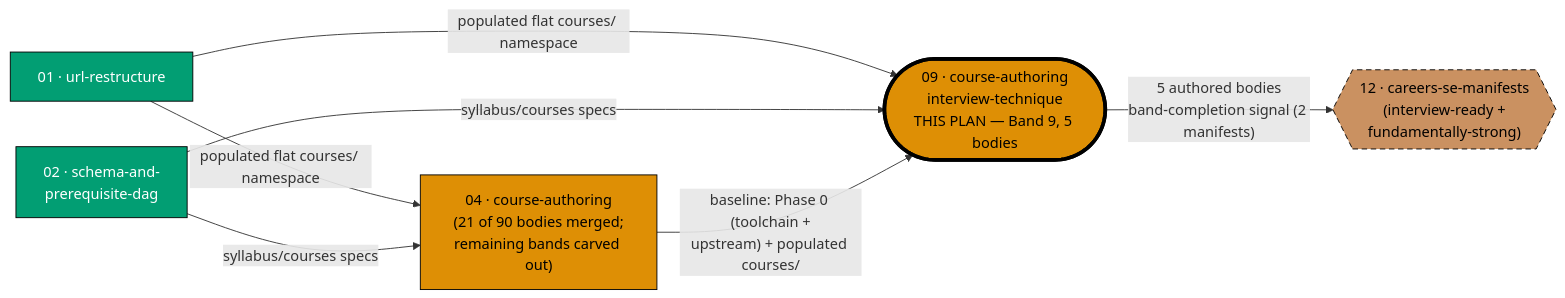
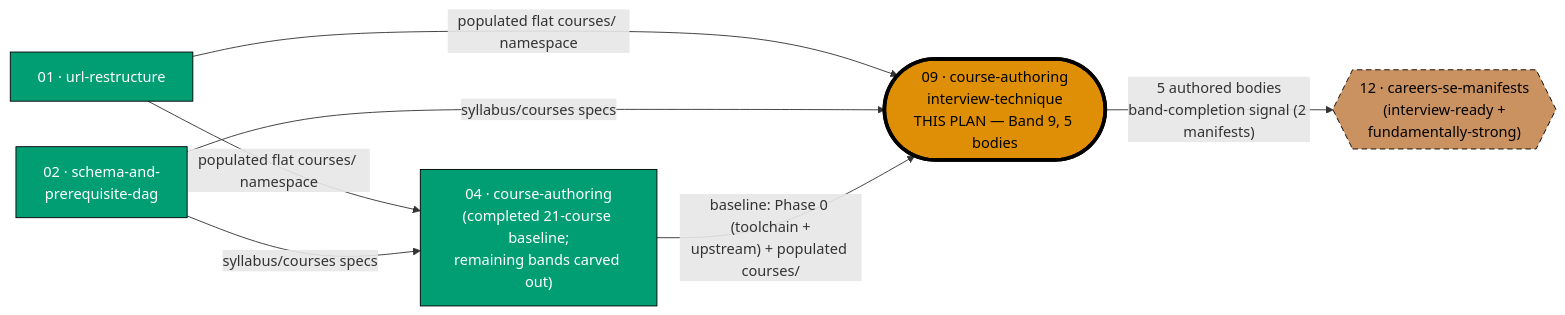
Before and after one commit to wahidyankf/open-sharia-fintech: the diagram in plans/backlog/ayokoding-learning-path-09-course-authoring-interview-technique/README.md, drawn with Mermaid. The commit also changed other lines of this file and 11 other files, not shown here.

````diff
--- a/plans/backlog/ayokoding-learning-path-09-course-authoring-interview-technique/README.md
+++ b/plans/backlog/ayokoding-learning-path-09-course-authoring-interview-technique/README.md
@@ -39,24 +39,23 @@
 ```mermaid
 %% This plan's position relative to the five-way course-library split and its own carve-out.
 %% Node SHAPE encodes kind: rectangle = a course-authoring plan, hexagon = a manifest-composing plan.
 %% The doubled border on THIS marks the plan this folder describes.
 %% Colors are the repo's verified color-blind-friendly palette and are redundant with shape.
 flowchart LR
     P1["01 · url-restructure"]:::done
     P2["02 · schema-and-<br/>prerequisite-dag"]:::done
-    P4["04 · course-authoring<br/>(21 of 90 bodies merged;<br/>remaining bands carved out)"]:::inprogress
+    P4["04 · course-authoring<br/>(completed 21-course baseline;<br/>remaining bands carved out)"]:::done
     THIS(["09 · course-authoring<br/>interview-technique<br/>THIS PLAN — Band 9, 5 bodies"]):::this
     P12{{"12 · careers-se-manifests<br/>(interview-ready +<br/>fundamentally-strong)"}}:::future
 
     P1 -->|"populated flat courses/ namespace"| P4
     P2 -->|"syllabus/courses specs"| P4
     P1 -->|"populated flat courses/ namespace"| THIS
     P2 -->|"syllabus/courses specs"| THIS
     P4 -->|"baseline: Phase 0 (toolchain +<br/>upstream) + populated courses/"| THIS
     THIS -->|"5 authored bodies<br/>band-completion signal (2 manifests)"| P12
 
     classDef done fill:#029E73,stroke:#000000,color:#FFFFFF
-    classDef inprogress fill:#DE8F05,stroke:#000000,color:#000000
     classDef this fill:#DE8F05,stroke:#000000,color:#000000,stroke-width:4px
     classDef future fill:#CA9161,stroke:#000000,color:#000000,stroke-dasharray: 6 4
 ```
````
